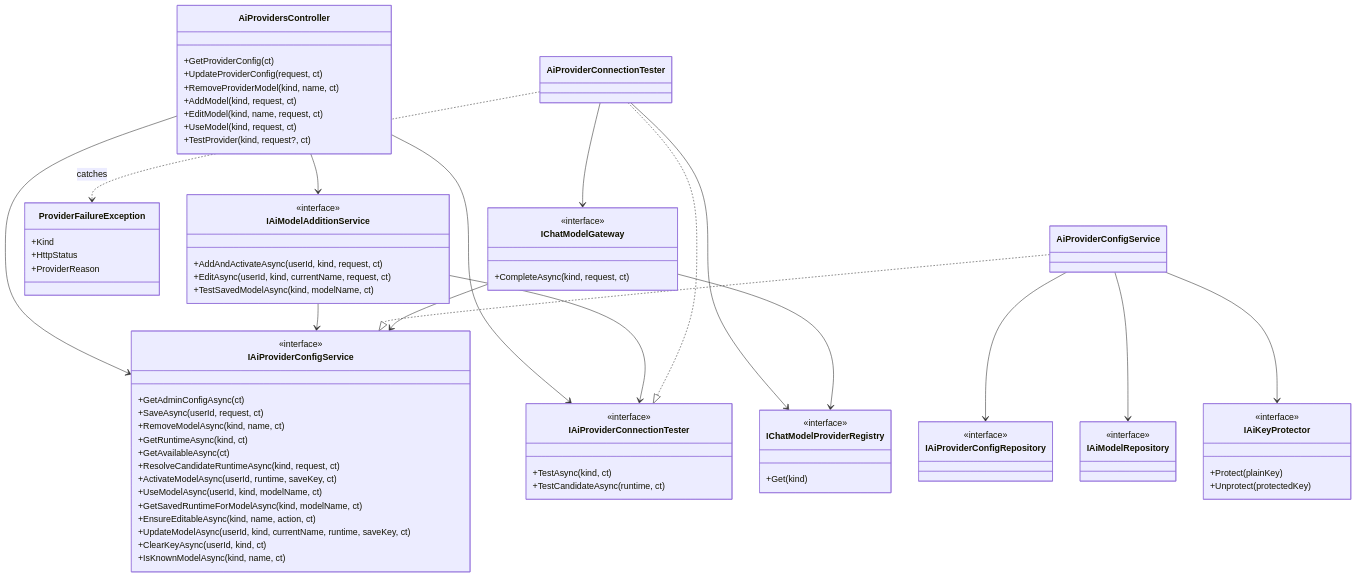
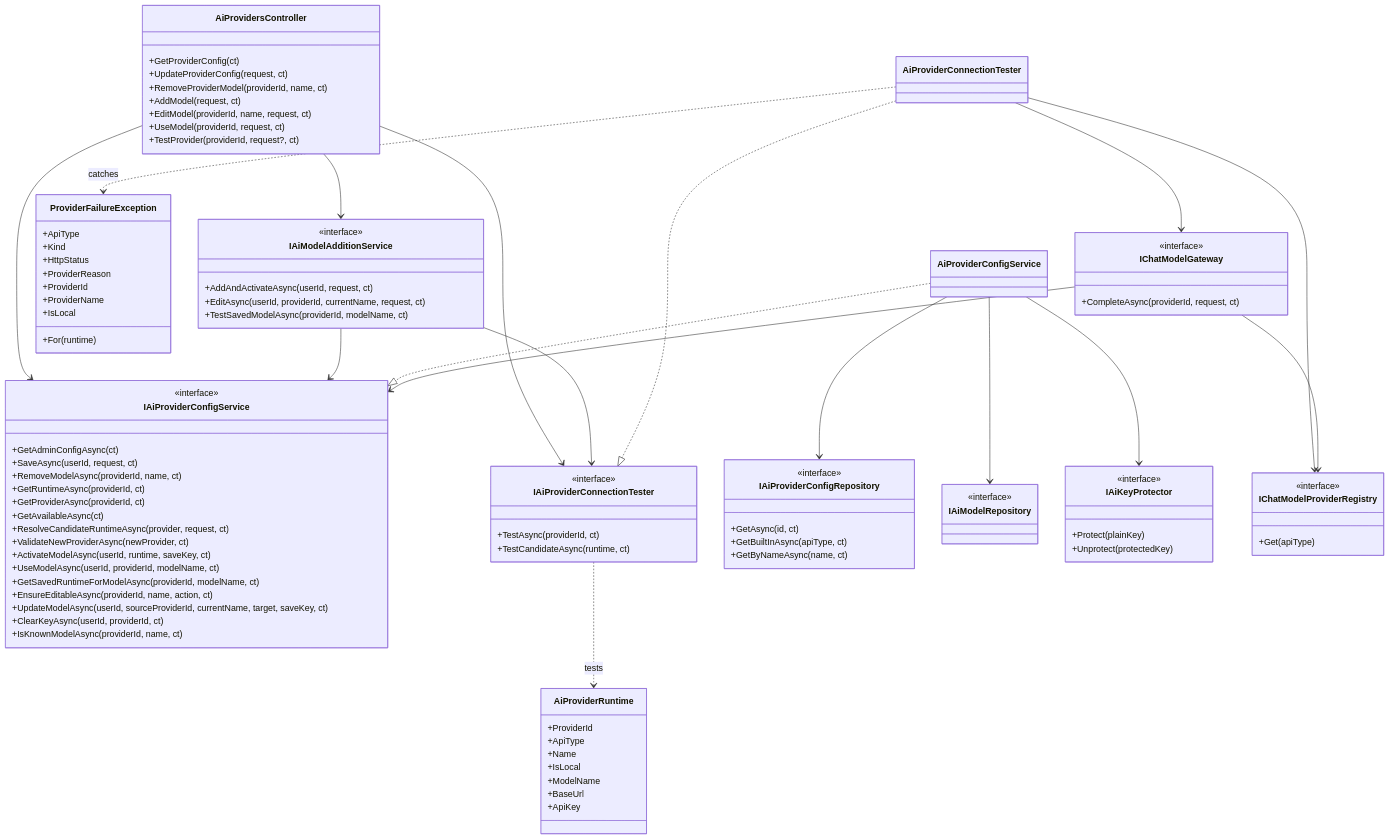
The first of 6 diagrams in TF - Documents/TF - LLD/06-Settings/06.3-TFA-Settings/LLD-TFA-Settings.md (jojogeorge3344/TaskFlow-Project), drawn with Mermaid before and after one commit. The commit also changed other lines of this file and 8 other files, not shown here.

````diff
--- a/TF - Documents/TF - LLD/06-Settings/06.3-TFA-Settings/LLD-TFA-Settings.md
+++ b/TF - Documents/TF - LLD/06-Settings/06.3-TFA-Settings/LLD-TFA-Settings.md
@@ -196,48 +210,67 @@
   class AiProvidersController {
     +GetProviderConfig(ct)
     +UpdateProviderConfig(request, ct)
-    +RemoveProviderModel(kind, name, ct)
-    +AddModel(kind, request, ct)
-    +EditModel(kind, name, request, ct)
-    +UseModel(kind, request, ct)
-    +TestProvider(kind, request?, ct)
+    +RemoveProviderModel(providerId, name, ct)
+    +AddModel(request, ct)
+    +EditModel(providerId, name, request, ct)
+    +UseModel(providerId, request, ct)
+    +TestProvider(providerId, request?, ct)
   }
   class IAiModelAdditionService {
     <<interface>>
-    +AddAndActivateAsync(userId, kind, request, ct)
-    +EditAsync(userId, kind, currentName, request, ct)
-    +TestSavedModelAsync(kind, modelName, ct)
+    +AddAndActivateAsync(userId, request, ct)
+    +EditAsync(userId, providerId, currentName, request, ct)
+    +TestSavedModelAsync(providerId, modelName, ct)
   }
   class ProviderFailureException {
+    +ApiType
     +Kind
     +HttpStatus
     +ProviderReason
+    +ProviderId
+    +ProviderName
+    +IsLocal
+    +For(runtime)
+  }
+  class AiProviderRuntime {
+    +ProviderId
+    +ApiType
+    +Name
+    +IsLocal
+    +ModelName
+    +BaseUrl
+    +ApiKey
   }
   class IAiProviderConfigService {
     <<interface>>
     +GetAdminConfigAsync(ct)
     +SaveAsync(userId, request, ct)
-    +RemoveModelAsync(kind, name, ct)
-    +GetRuntimeAsync(kind, ct)
+    +RemoveModelAsync(providerId, name, ct)
+    +GetRuntimeAsync(providerId, ct)
+    +GetProviderAsync(providerId, ct)
     +GetAvailableAsync(ct)
-    +ResolveCandidateRuntimeAsync(kind, request, ct)
+    +ResolveCandidateRuntimeAsync(provider, request, ct)
+    +ValidateNewProviderAsync(newProvider, ct)
     +ActivateModelAsync(userId, runtime, saveKey, ct)
-    +UseModelAsync(userId, kind, modelName, ct)
-    +GetSavedRuntimeForModelAsync(kind, modelName, ct)
-    +EnsureEditableAsync(kind, name, action, ct)
-    +UpdateModelAsync(userId, kind, currentName, runtime, saveKey, ct)
-    +ClearKeyAsync(userId, kind, ct)
-    +IsKnownModelAsync(kind, name, ct)
+    +UseModelAsync(userId, providerId, modelName, ct)
+    +GetSavedRuntimeForModelAsync(providerId, modelName, ct)
+    +EnsureEditableAsync(providerId, name, action, ct)
+    +UpdateModelAsync(userId, sourceProviderId, currentName, target, saveKey, ct)
+    +ClearKeyAsync(userId, providerId, ct)
+    +IsKnownModelAsync(providerId, name, ct)
   }
   class AiProviderConfigService
   class IAiProviderConnectionTester {
     <<interface>>
-    +TestAsync(kind, ct)
+    +TestAsync(providerId, ct)
     +TestCandidateAsync(runtime, ct)
   }
   class AiProviderConnectionTester
   class IAiProviderConfigRepository {
     <<interface>>
+    +GetAsync(id, ct)
+    +GetBuiltInAsync(apiType, ct)
+    +GetByNameAsync(name, ct)
   }
   class IAiModelRepository {
     <<interface>>
@@ -249,11 +282,11 @@
   }
   class IChatModelGateway {
     <<interface>>
-    +CompleteAsync(kind, request, ct)
+    +CompleteAsync(providerId, request, ct)
   }
   class IChatModelProviderRegistry {
     <<interface>>
-    +Get(kind)
+    +Get(apiType)
   }
   AiProvidersController --> IAiProviderConfigService
   AiProvidersController --> IAiProviderConnectionTester
@@ -268,6 +301,7 @@
   AiProviderConnectionTester --> IChatModelGateway
   AiProviderConnectionTester --> IChatModelProviderRegistry
   AiProviderConnectionTester ..> ProviderFailureException : catches
+  IAiProviderConnectionTester ..> AiProviderRuntime : tests
   IChatModelGateway --> IAiProviderConfigService
   IChatModelGateway --> IChatModelProviderRegistry
 ```
````
